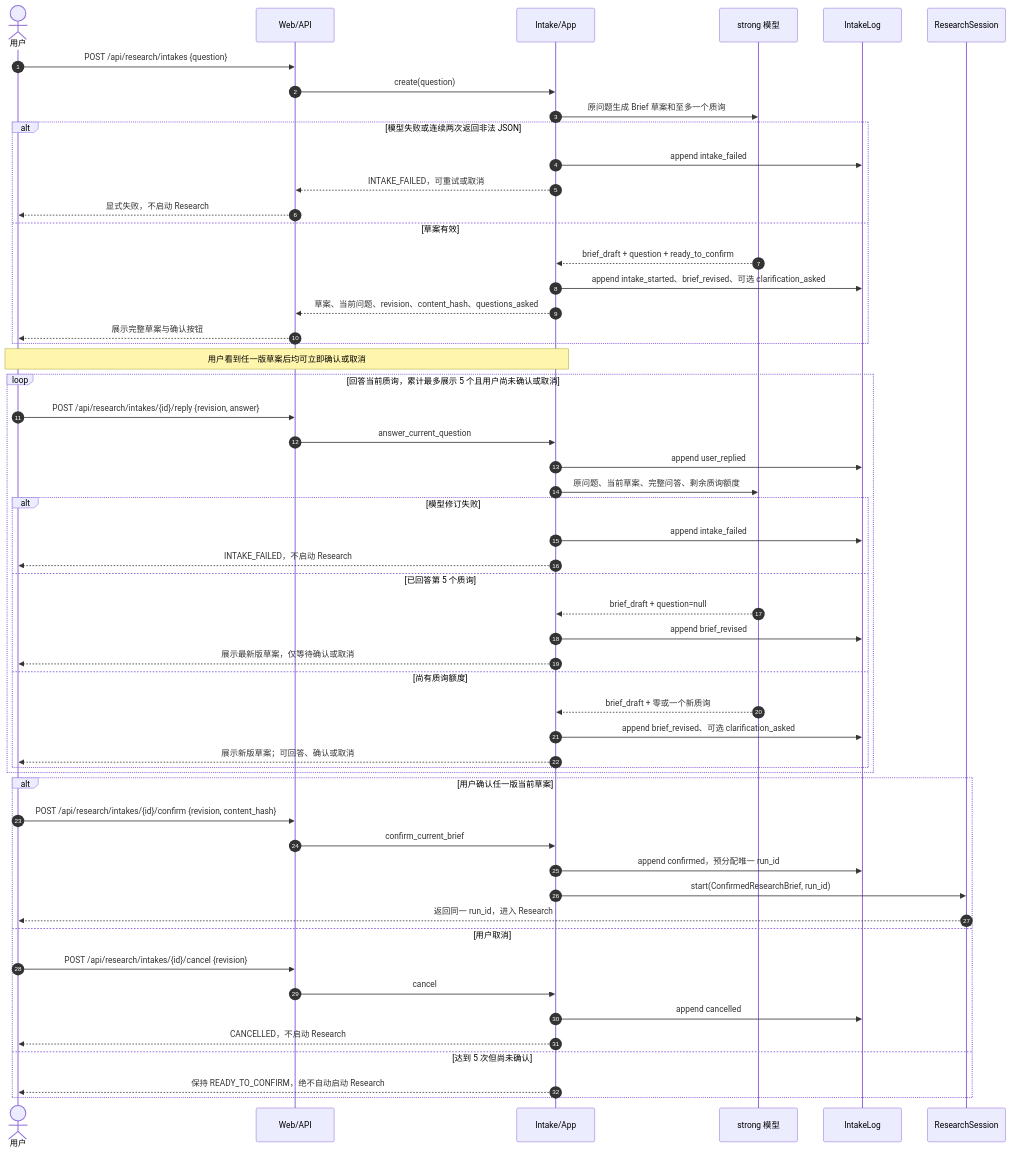
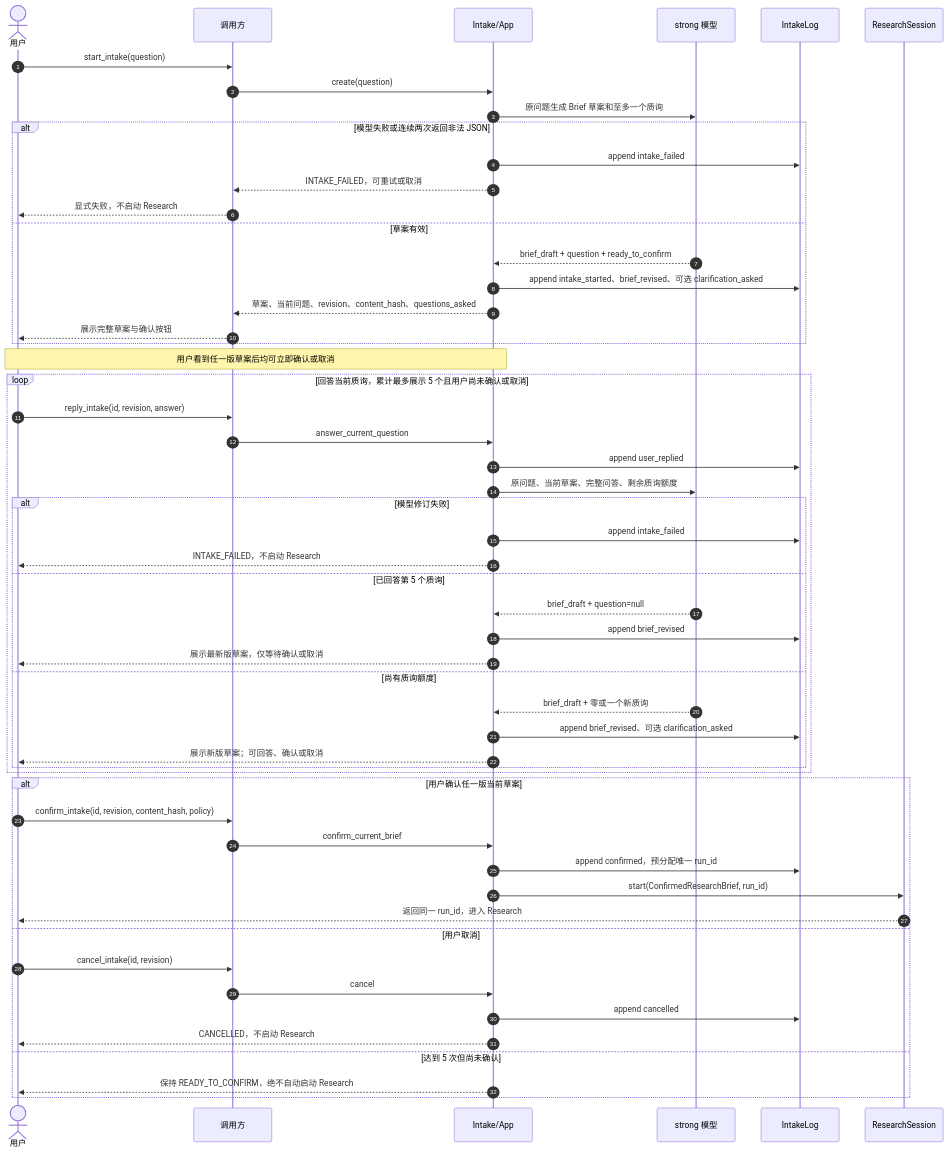
Before and after one commit to SuperCatQR/traceable-research-runtime: the fifth of 7 diagrams in docs/web-search-architecture.md, drawn with Mermaid. The commit also changed other lines of this file and 12 other files, not shown here.

````diff
--- a/docs/web-search-architecture.md
+++ b/docs/web-search-architecture.md
@@ -283,59 +279,59 @@
 ```mermaid
 sequenceDiagram
     autonumber
     actor U as 用户
-    participant W as Web/API
+    participant W as 调用方
     participant I as Intake/App
     participant M as strong 模型
     participant L as IntakeLog
     participant S as ResearchSession
 
-    U->>W: POST /api/research/intakes {question}
+    U->>W: start_intake(question)
     W->>I: create(question)
     I->>M: 原问题生成 Brief 草案和至多一个质询
     alt 模型失败或连续两次返回非法 JSON
         I->>L: append intake_failed
         I-->>W: INTAKE_FAILED，可重试或取消
         W-->>U: 显式失败，不启动 Research
     else 草案有效
         M-->>I: brief_draft + question + ready_to_confirm
         I->>L: append intake_started、brief_revised、可选 clarification_asked
         I-->>W: 草案、当前问题、revision、content_hash、questions_asked
         W-->>U: 展示完整草案与确认按钮
     end
 
     Note over U,I: 用户看到任一版草案后均可立即确认或取消
     loop 回答当前质询，累计最多展示 5 个且用户尚未确认或取消
-        U->>W: POST /api/research/intakes/{id}/reply {revision, answer}
+        U->>W: reply_intake(id, revision, answer)
         W->>I: answer_current_question
         I->>L: append user_replied
         I->>M: 原问题、当前草案、完整问答、剩余质询额度
         alt 模型修订失败
             I->>L: append intake_failed
             I-->>U: INTAKE_FAILED，不启动 Research
         else 已回答第 5 个质询
             M-->>I: brief_draft + question=null
             I->>L: append brief_revised
             I-->>U: 展示最新版草案，仅等待确认或取消
         else 尚有质询额度
             M-->>I: brief_draft + 零或一个新质询
             I->>L: append brief_revised、可选 clarification_asked
             I-->>U: 展示新版草案；可回答、确认或取消
         end
     end
 
     alt 用户确认任一版当前草案
-        U->>W: POST /api/research/intakes/{id}/confirm {revision, content_hash}
+        U->>W: confirm_intake(id, revision, content_hash, policy)
         W->>I: confirm_current_brief
         I->>L: append confirmed，预分配唯一 run_id
         I->>S: start(ConfirmedResearchBrief, run_id)
         S-->>U: 返回同一 run_id，进入 Research
     else 用户取消
-        U->>W: POST /api/research/intakes/{id}/cancel {revision}
+        U->>W: cancel_intake(id, revision)
         W->>I: cancel
         I->>L: append cancelled
         I-->>U: CANCELLED，不启动 Research
     else 达到 5 次但尚未确认
         I-->>U: 保持 READY_TO_CONFIRM，绝不自动启动 Research
     end
 ```
````
